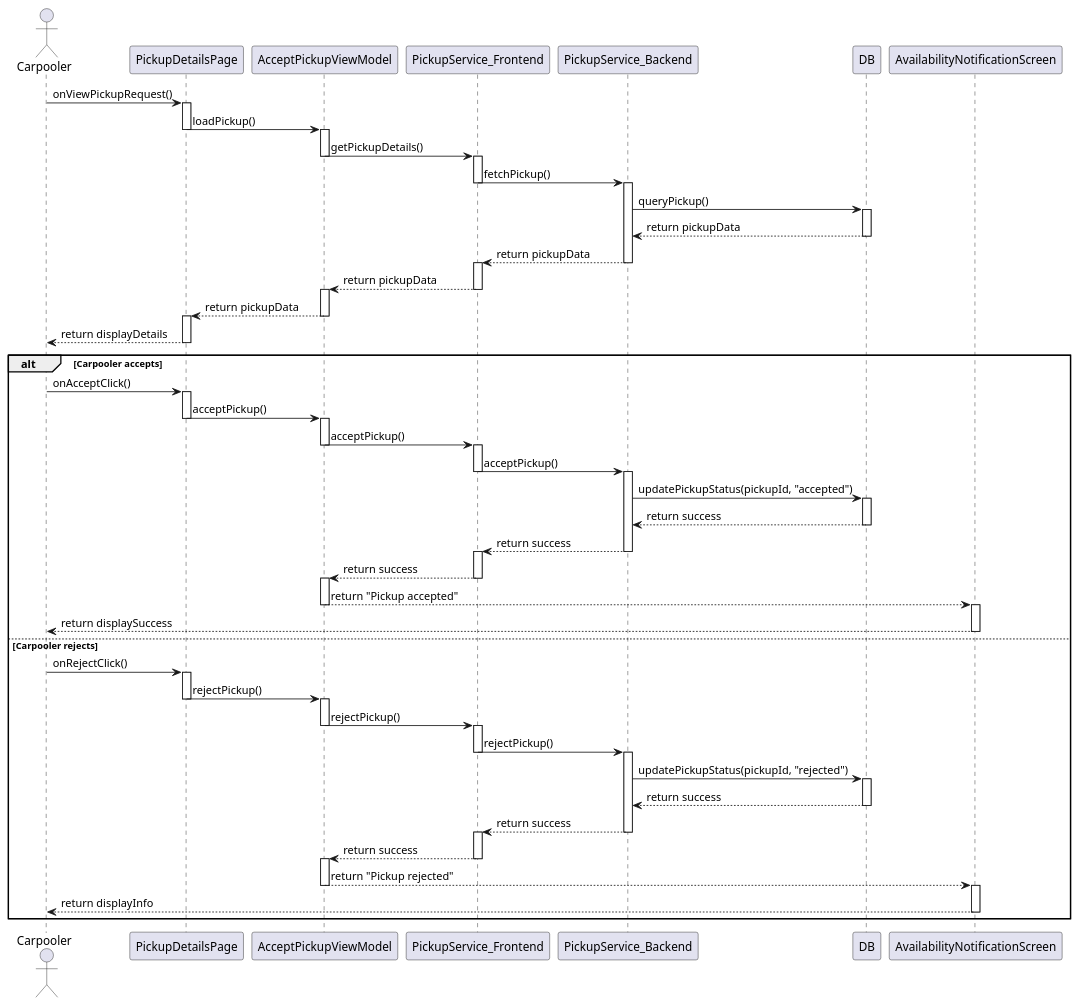
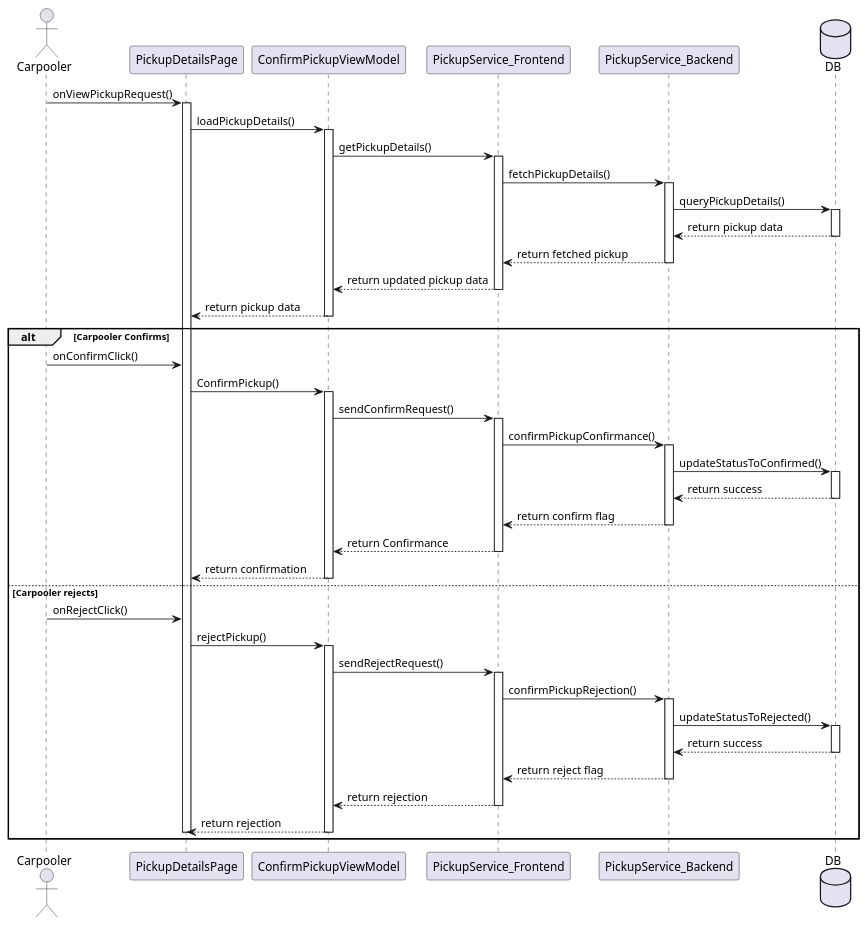
The diagram in reports/sequence/confirm-pickup.plantuml (YannisRavasopoulos/ProjectSD_S6), drawn with PlantUML before and after one commit. The commit also changed 3 other files, not shown here.

Commit message:
Updated versions of Accept and Confirm pickup, Rate user and redeem reward sequence

```diff
--- a/reports/sequence/confirm-pickup.plantuml
+++ b/reports/sequence/confirm-pickup.plantuml
@@ -1,114 +1,94 @@
 @startuml
 actor Carpooler
 
-' Layers in horizontal order:
 participant PickupDetailsPage
-participant AcceptPickupViewModel
+participant ConfirmPickupViewModel
 participant PickupService_Frontend
 participant PickupService_Backend
-participant DB
-participant AvailabilityNotificationScreen
+database DB
 
-Carpooler -> PickupDetailsPage         : onViewPickupRequest()
+Carpooler -> PickupDetailsPage : onViewPickupRequest()
 activate PickupDetailsPage
-PickupDetailsPage -> AcceptPickupViewModel : loadPickup()
-deactivate PickupDetailsPage
+PickupDetailsPage -> ConfirmPickupViewModel : loadPickupDetails()
+activate ConfirmPickupViewModel
 
-activate AcceptPickupViewModel
-AcceptPickupViewModel -> PickupService_Frontend : getPickupDetails()
-deactivate AcceptPickupViewModel
+ConfirmPickupViewModel -> PickupService_Frontend : getPickupDetails()
+activate PickupService_Frontend
 
-activate PickupService_Frontend
-PickupService_Frontend -> PickupService_Backend : fetchPickup()
+PickupService_Frontend -> PickupService_Backend : fetchPickupDetails()
+activate PickupService_Backend
+
+PickupService_Backend -> DB : queryPickupDetails()
+activate DB
+DB --> PickupService_Backend : return pickup data
+deactivate DB
+
+PickupService_Backend --> PickupService_Frontend : return fetched pickup
+deactivate PickupService_Backend
+
+PickupService_Frontend --> ConfirmPickupViewModel : return updated pickup data
 deactivate PickupService_Frontend
 
-activate PickupService_Backend
-PickupService_Backend -> DB                  : queryPickup()
-activate DB
-DB --> PickupService_Backend                 : return pickupData
-deactivate DB
-PickupService_Backend --> PickupService_Frontend  : return pickupData
-deactivate PickupService_Backend
+ConfirmPickupViewModel --> PickupDetailsPage : return pickup data
+deactivate ConfirmPickupViewModel
 
-activate PickupService_Frontend
-PickupService_Frontend --> AcceptPickupViewModel  : return pickupData
-deactivate PickupService_Frontend
 
-activate AcceptPickupViewModel
-AcceptPickupViewModel --> PickupDetailsPage        : return pickupData
-deactivate AcceptPickupViewModel
 
-activate PickupDetailsPage
-PickupDetailsPage --> Carpooler                   : return displayDetails
-deactivate PickupDetailsPage
+alt Carpooler Confirms
+    Carpooler -> PickupDetailsPage : onConfirmClick()
+    
+    PickupDetailsPage -> ConfirmPickupViewModel : ConfirmPickup()
+    activate ConfirmPickupViewModel
+    
+    ConfirmPickupViewModel -> PickupService_Frontend : sendConfirmRequest()
+    activate PickupService_Frontend
+    
+    PickupService_Frontend -> PickupService_Backend : confirmPickupConfirmance()
+    activate PickupService_Backend
+    
+    PickupService_Backend -> DB : updateStatusToConfirmed()
+    activate DB
+    DB --> PickupService_Backend : return success
+    deactivate DB
+    
+    PickupService_Backend --> PickupService_Frontend : return confirm flag
+    deactivate PickupService_Backend
+    
+    PickupService_Frontend --> ConfirmPickupViewModel : return Confirmance
+    deactivate PickupService_Frontend
+    
+    ConfirmPickupViewModel --> PickupDetailsPage : return confirmation
+    deactivate ConfirmPickupViewModel
+    
+    
 
-alt Carpooler accepts
-    Carpooler -> PickupDetailsPage             : onAcceptClick()
-    activate PickupDetailsPage
-    PickupDetailsPage -> AcceptPickupViewModel : acceptPickup()
+    
+else Carpooler rejects
+    Carpooler -> PickupDetailsPage : onRejectClick()
+  
+    PickupDetailsPage -> ConfirmPickupViewModel : rejectPickup()
+    activate ConfirmPickupViewModel
+    
+    ConfirmPickupViewModel -> PickupService_Frontend : sendRejectRequest()
+    activate PickupService_Frontend
+    
+    PickupService_Frontend -> PickupService_Backend : confirmPickupRejection()
+    activate PickupService_Backend
+    
+    PickupService_Backend -> DB : updateStatusToRejected()
+    activate DB
+    DB --> PickupService_Backend : return success
+    deactivate DB
+    
+    PickupService_Backend --> PickupService_Frontend : return reject flag
+    deactivate PickupService_Backend
+    
+    PickupService_Frontend --> ConfirmPickupViewModel : return rejection
+    deactivate PickupService_Frontend
+    
+    ConfirmPickupViewModel --> PickupDetailsPage : return rejection
+    deactivate ConfirmPickupViewModel
+   
     deactivate PickupDetailsPage
-
-    activate AcceptPickupViewModel
-    AcceptPickupViewModel -> PickupService_Frontend : acceptPickup()
-    deactivate AcceptPickupViewModel
-
-    activate PickupService_Frontend
-    PickupService_Frontend -> PickupService_Backend  : acceptPickup()
-    deactivate PickupService_Frontend
-
-    activate PickupService_Backend
-    PickupService_Backend -> DB                      : updatePickupStatus(pickupId, "accepted")
-    activate DB
-    DB --> PickupService_Backend                     : return success
-    deactivate DB
-    PickupService_Backend --> PickupService_Frontend  : return success
-    deactivate PickupService_Backend
-
-    activate PickupService_Frontend
-    PickupService_Frontend --> AcceptPickupViewModel : return success
-    deactivate PickupService_Frontend
-
-    activate AcceptPickupViewModel
-    AcceptPickupViewModel --> AvailabilityNotificationScreen : return "Pickup accepted"
-    deactivate AcceptPickupViewModel
-
-    activate AvailabilityNotificationScreen
-    AvailabilityNotificationScreen --> Carpooler               : return displaySuccess
-    deactivate AvailabilityNotificationScreen
-
-else Carpooler rejects
-    Carpooler -> PickupDetailsPage             : onRejectClick()
-    activate PickupDetailsPage
-    PickupDetailsPage -> AcceptPickupViewModel : rejectPickup()
-    deactivate PickupDetailsPage
-
-    activate AcceptPickupViewModel
-    AcceptPickupViewModel -> PickupService_Frontend : rejectPickup()
-    deactivate AcceptPickupViewModel
-
-    activate PickupService_Frontend
-    PickupService_Frontend -> PickupService_Backend  : rejectPickup()
-    deactivate PickupService_Frontend
-
-    activate PickupService_Backend
-    PickupService_Backend -> DB                      : updatePickupStatus(pickupId, "rejected")
-    activate DB
-    DB --> PickupService_Backend                     : return success
-    deactivate DB
-    PickupService_Backend --> PickupService_Frontend  : return success
-    deactivate PickupService_Backend
-
-    activate PickupService_Frontend
-    PickupService_Frontend --> AcceptPickupViewModel : return success
-    deactivate PickupService_Frontend
-
-    activate AcceptPickupViewModel
-    AcceptPickupViewModel --> AvailabilityNotificationScreen : return "Pickup rejected"
-    deactivate AcceptPickupViewModel
-
-    activate AvailabilityNotificationScreen
-    AvailabilityNotificationScreen --> Carpooler               : return displayInfo
-    deactivate AvailabilityNotificationScreen
 end
-
 @enduml
```
